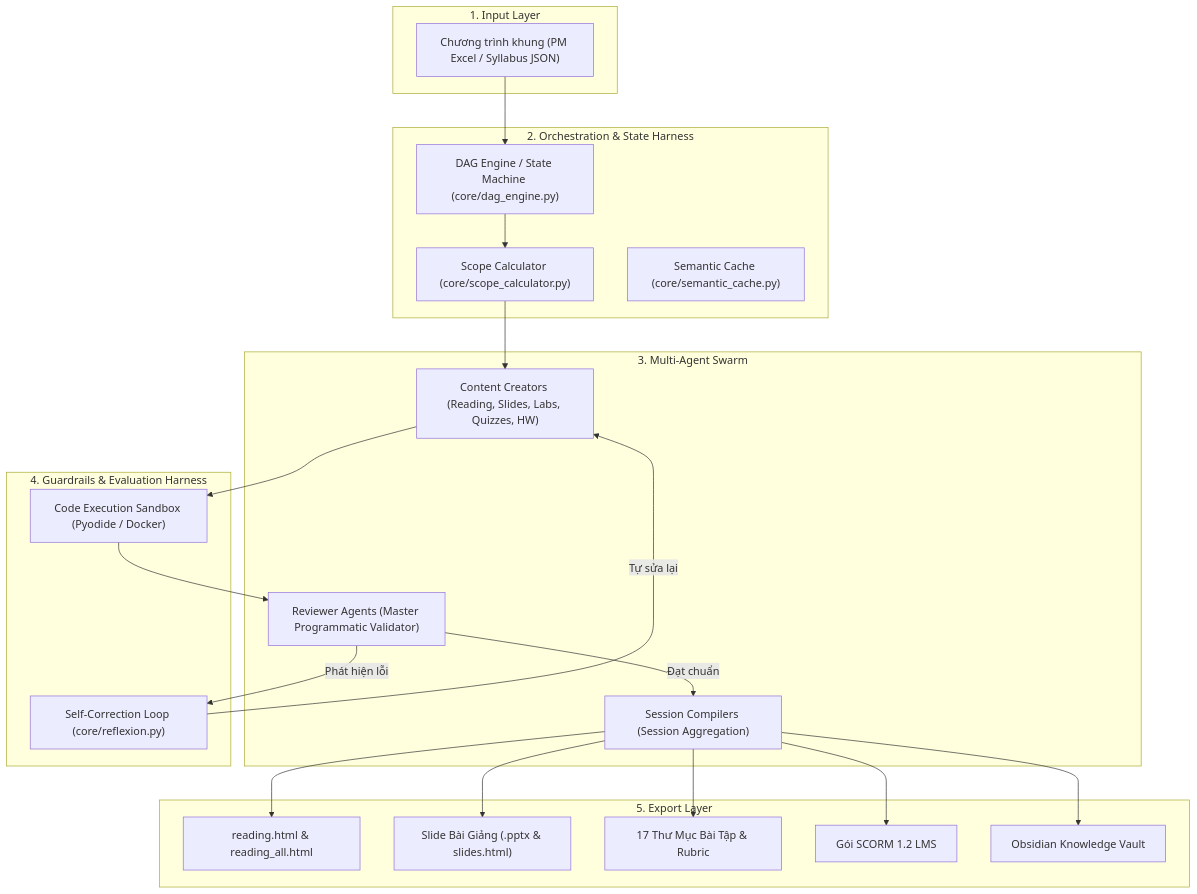
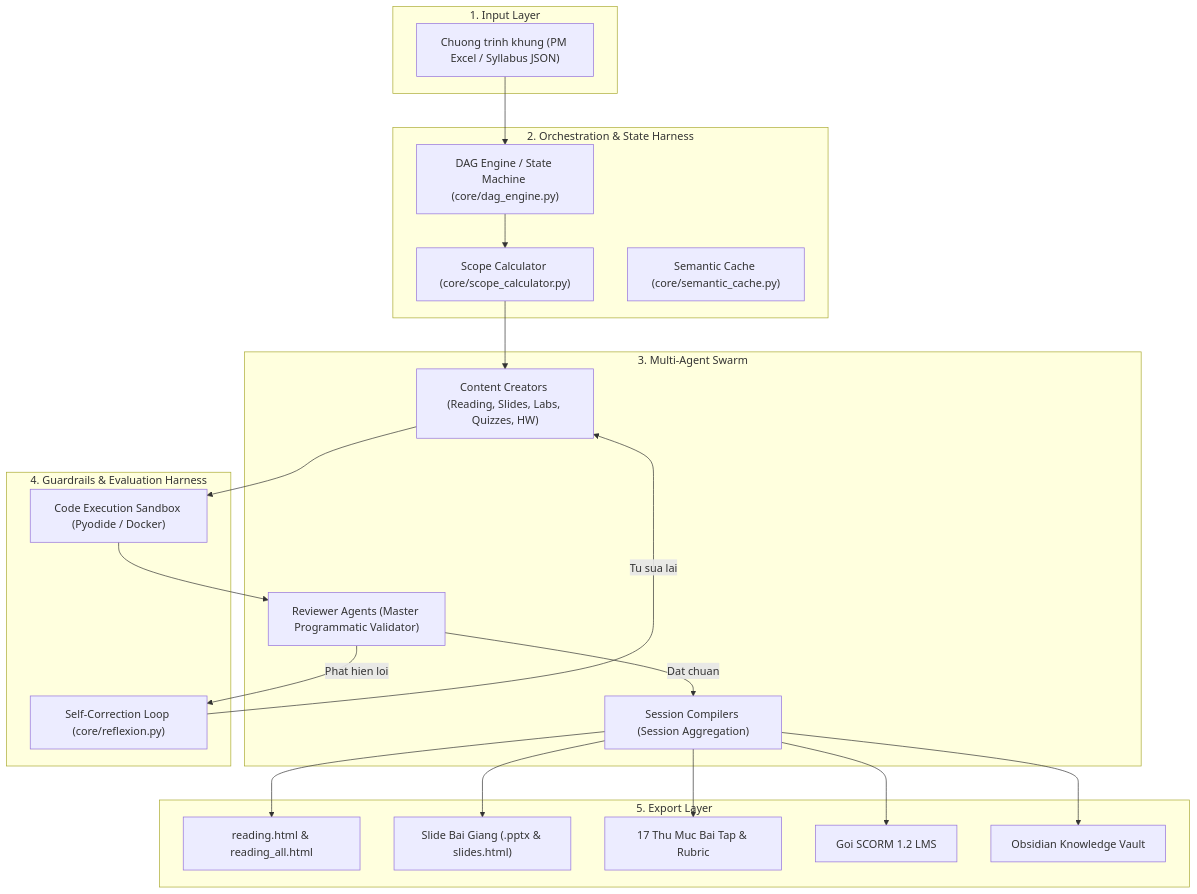
The diagram in README.md (ngoquy12/learning_material), drawn with Mermaid before and after one commit. The commit also changed other lines of this file and 6 other files, not shown here.

````diff
--- a/README.md
+++ b/README.md
@@ -50,45 +50,45 @@
 ```mermaid
 flowchart TD
     subgraph InputLayer ["1. Input Layer"]
-        PM["Chương trình khung (PM Excel / Syllabus JSON)"]
+        PM["Chuong trinh khung (PM Excel / Syllabus JSON)"]
     end
 
     subgraph HarnessOrchestrator ["2. Orchestration & State Harness"]
         DAG["DAG Engine / State Machine (core/dag_engine.py)"]
         Scope["Scope Calculator (core/scope_calculator.py)"]
         Cache["Semantic Cache (core/semantic_cache.py)"]
     end
 
     subgraph AgentSwarm ["3. Multi-Agent Swarm"]
         Creator["Content Creators (Reading, Slides, Labs, Quizzes, HW)"]
         Reviewer["Reviewer Agents (Master Programmatic Validator)"]
         Compiler["Session Compilers (Session Aggregation)"]
     end
 
     subgraph GuardrailsAndEvals ["4. Guardrails & Evaluation Harness"]
         Sandbox["Code Execution Sandbox (Pyodide / Docker)"]
         Reflexion["Self-Correction Loop (core/reflexion.py)"]
     end
 
     subgraph OutputLayer ["5. Export Layer"]
         ReadingOut["reading.html & reading_all.html"]
-        SlideOut["Slide Bài Giảng (.pptx & slides.html)"]
-        HWOut["17 Thư Mục Bài Tập & Rubric"]
-        SCORMOut["Gói SCORM 1.2 LMS"]
+        SlideOut["Slide Bai Giang (.pptx & slides.html)"]
+        HWOut["17 Thu Muc Bai Tap & Rubric"]
+        SCORMOut["Goi SCORM 1.2 LMS"]
         ObsidianOut["Obsidian Knowledge Vault"]
     end
 
     PM --> DAG
     DAG --> Scope
     Scope --> Creator
     Creator --> Sandbox
     Sandbox --> Reviewer
-    Reviewer -->|Phát hiện lỗi| Reflexion
-    Reflexion -->|Tự sửa lại| Creator
-    Reviewer -->|Đạt chuẩn| Compiler
+    Reviewer -->|Phat hien loi| Reflexion
+    Reflexion -->|Tu sua lai| Creator
+    Reviewer -->|Dat chuan| Compiler
     Compiler --> ReadingOut
     Compiler --> SlideOut
     Compiler --> HWOut
     Compiler --> SCORMOut
     Compiler --> ObsidianOut
 ```
````
